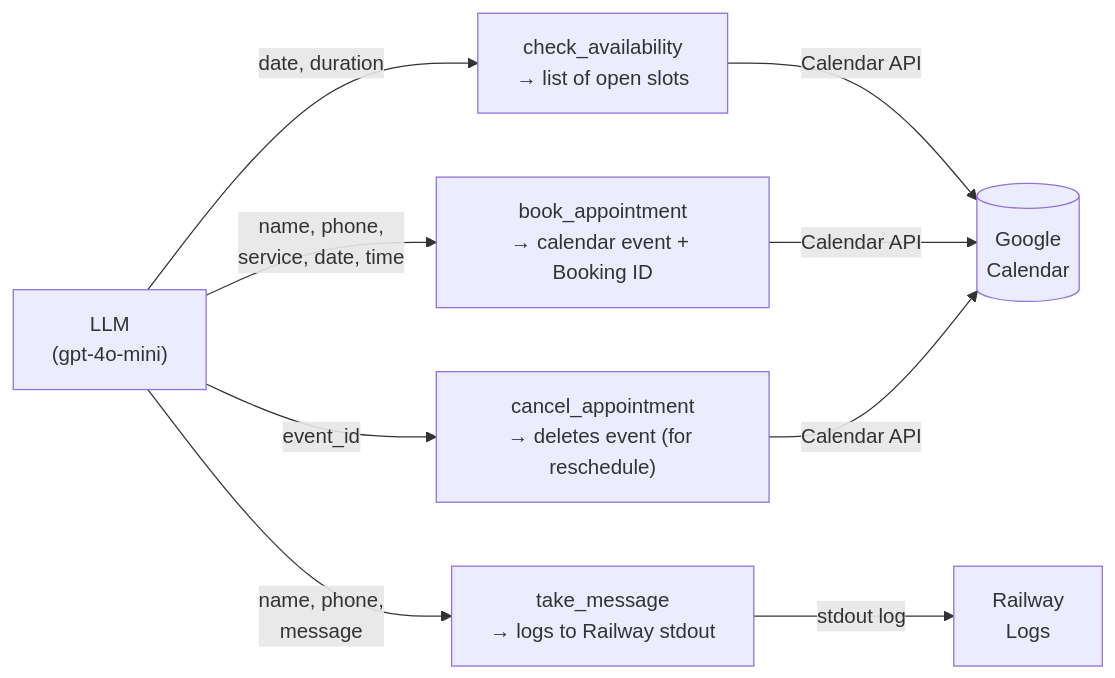
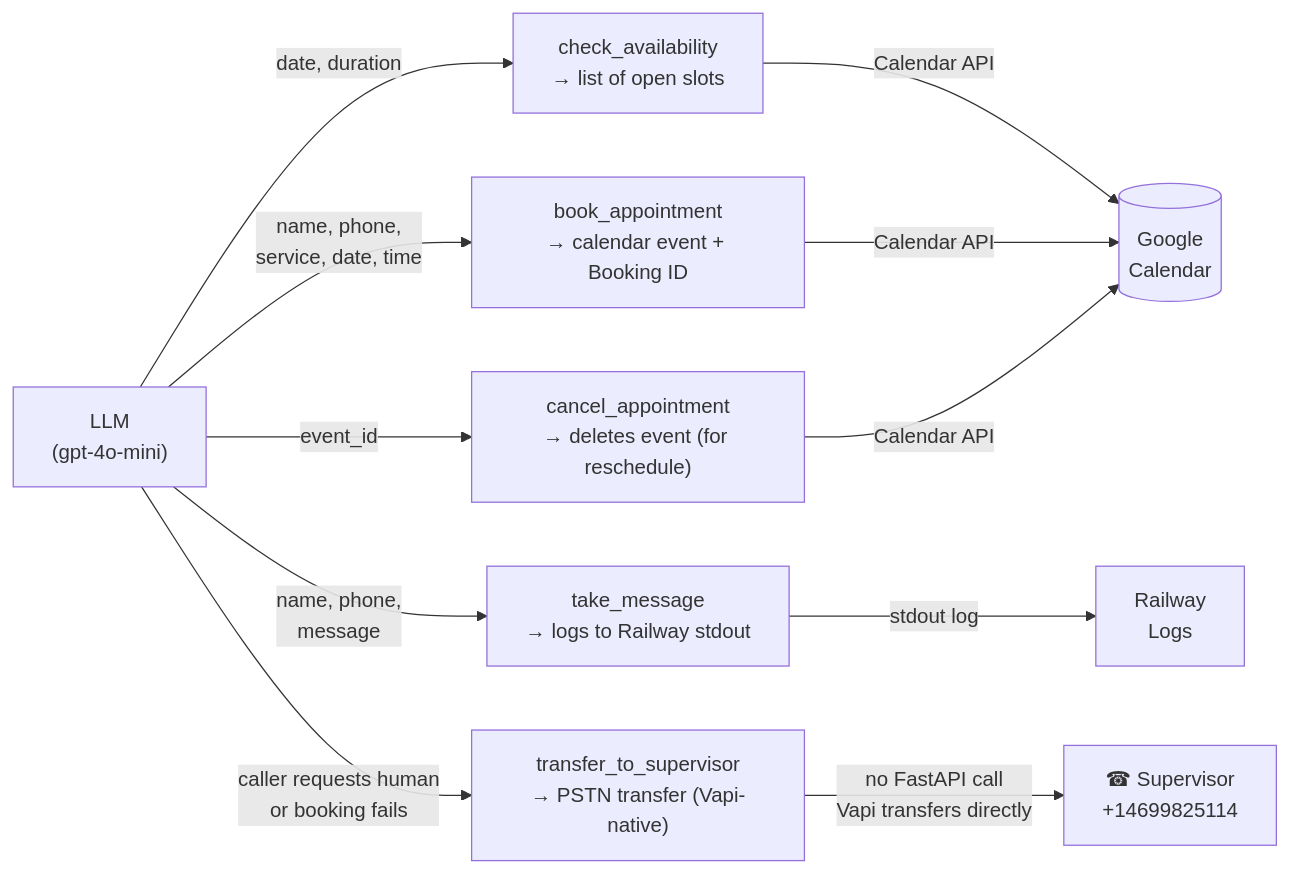
The fourth of 5 diagrams in ARCHITECTURE.md (harshaeeb/va_dental), drawn with Mermaid before and after one commit. The commit also changed other lines of this file and 1 other file, not shown here.

First line of the commit message:
Update architecture docs to reflect call transfer feature

````diff
--- a/ARCHITECTURE.md
+++ b/ARCHITECTURE.md
@@ -139,15 +157,18 @@
 ```mermaid
 flowchart LR
     LLM["LLM\n(gpt-4o-mini)"] -->|"date, duration"| T1
     LLM -->|"name, phone,\nservice, date, time"| T2
     LLM -->|"event_id"| T3
     LLM -->|"name, phone,\nmessage"| T4
+    LLM -->|"caller requests human\nor booking fails"| T5
 
     T1["check_availability\n→ list of open slots"]
     T2["book_appointment\n→ calendar event + Booking ID"]
     T3["cancel_appointment\n→ deletes event (for reschedule)"]
     T4["take_message\n→ logs to Railway stdout"]
+    T5["transfer_to_supervisor\n→ PSTN transfer (Vapi-native)"]
 
     T1 & T2 & T3 -->|"Calendar API"| GCal[("Google\nCalendar")]
     T4 -->|"stdout log"| Log["Railway\nLogs"]
+    T5 -->|"no FastAPI call\nVapi transfers directly"| Sup["☎ Supervisor\n+14699825114"]
 ```
````
